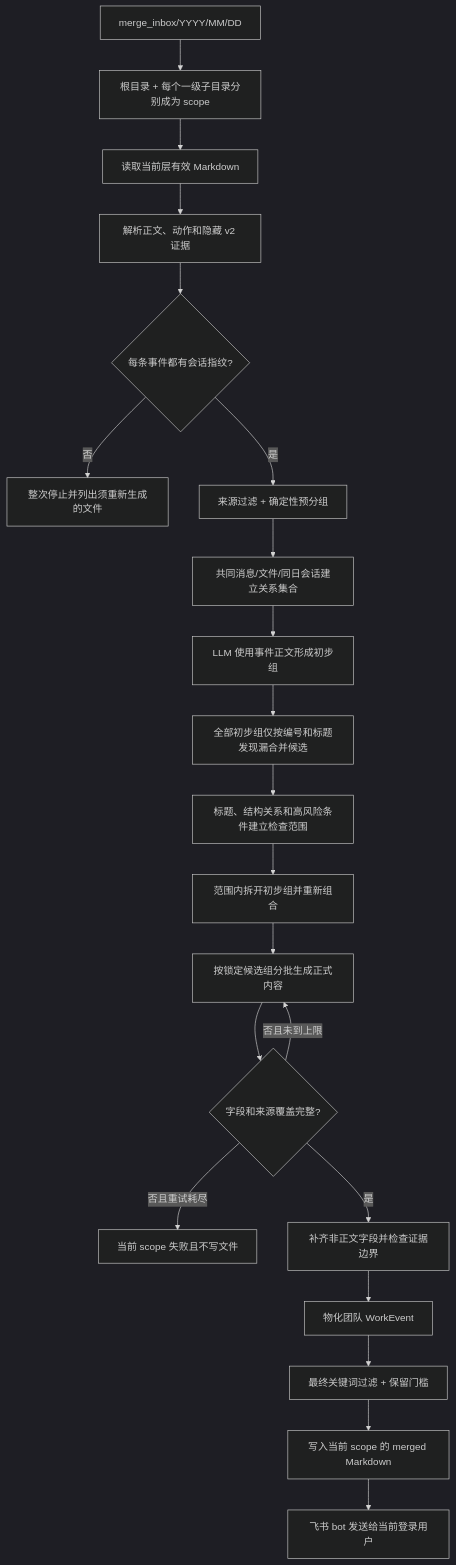
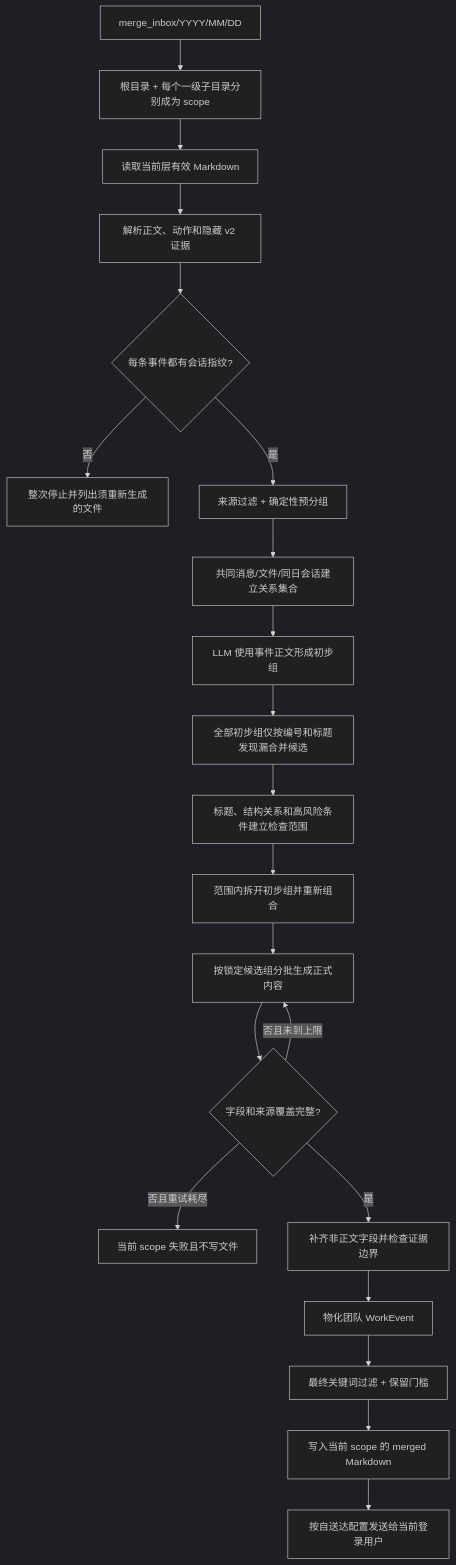
One commit to sunweisheng/WorkTrace changed the third of 3 diagrams in README.md. Above: the diagram before and after it, drawn with Mermaid (dark theme). The commit also changed other lines of this file and 14 other files, not shown here.

````diff
--- a/README.md
+++ b/README.md
@@ -238,23 +240,23 @@
 ```mermaid
 flowchart TD
     A["merge_inbox/YYYY/MM/DD"] --> B["根目录 + 每个一级子目录分别成为 scope"]
     B --> C["读取当前层有效 Markdown"]
     C --> D["解析正文、动作和隐藏 v2 证据"]
     D --> E{"每条事件都有会话指纹?"}
     E -->|"否"| X["整次停止并列出须重新生成的文件"]
     E -->|"是"| F["来源过滤 + 确定性预分组"]
     F --> G["共同消息/文件/同日会话建立关系集合"]
     G --> H["LLM 使用事件正文形成初步组"]
     H --> H1["全部初步组仅按编号和标题发现漏合并候选"]
     H1 --> R["标题、结构关系和高风险条件建立检查范围"]
     R --> V["范围内拆开初步组并重新组合"]
     V --> I["按锁定候选组分批生成正式内容"]
     I --> J{"字段和来源覆盖完整?"}
     J -->|"否且未到上限"| I
     J -->|"否且重试耗尽"| Y["当前 scope 失败且不写文件"]
     J -->|"是"| K["补齐非正文字段并检查证据边界"]
     K --> L["物化团队 WorkEvent"]
     L --> M["最终关键词过滤 + 保留门槛"]
     M --> N["写入当前 scope 的 merged Markdown"]
-    N --> O["飞书 bot 发送给当前登录用户"]
+    N --> O["按自送达配置发送给当前登录用户"]
 ```
````
